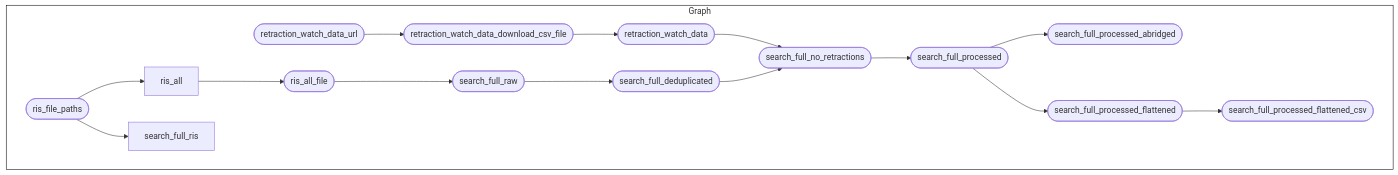
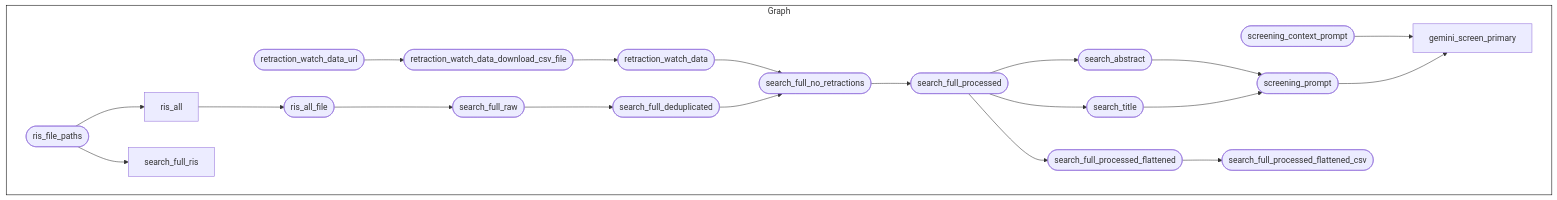
One commit to oxfordihtm/stroke-lmic-review changed the diagram in README.md. Above: the diagram before and after it, drawn with Mermaid. The commit also changed other lines of this file and 15 other files, not shown here.

````diff
--- a/README.md
+++ b/README.md
@@ -124,21 +125,26 @@
 ``` mermaid
 graph LR
   style Graph fill:#FFFFFF00,stroke:#000000;
   subgraph Graph
     direction LR
+    x60ed8e986a8cab2a(["screening_context_prompt"]):::skipped --> xf0985b06dbe6e89a["gemini_screen_primary"]:::errored
+    xf493b7d472ff5e59(["screening_prompt"]):::skipped --> xf0985b06dbe6e89a["gemini_screen_primary"]:::errored
     xb4a9c9edd73bec9b(["retraction_watch_data_download_csv_file"]):::skipped --> x71f5d31f85b83ceb(["retraction_watch_data"]):::skipped
     xe03e263fab696ab7(["retraction_watch_data_url"]):::skipped --> xb4a9c9edd73bec9b(["retraction_watch_data_download_csv_file"]):::skipped
     x188aa7ffce88bb98(["ris_file_paths"]):::skipped --> x6ba4c23c2738dda8["ris_all"]:::skipped
     x6ba4c23c2738dda8["ris_all"]:::skipped --> x4b7fcdd63fd7fb9a(["ris_all_file"]):::skipped
+    x971c8918645ea4f3(["search_abstract"]):::skipped --> xf493b7d472ff5e59(["screening_prompt"]):::skipped
+    x4946600ed43ea69a(["search_title"]):::skipped --> xf493b7d472ff5e59(["screening_prompt"]):::skipped
+    xcf6ddd66dde32d43(["search_full_processed"]):::skipped --> x971c8918645ea4f3(["search_abstract"]):::skipped
     x2f7fdb4e976b16f9(["search_full_raw"]):::skipped --> x2b5a5c97911afa83(["search_full_deduplicated"]):::skipped
     x71f5d31f85b83ceb(["retraction_watch_data"]):::skipped --> xe0f5c577fdbd2edb(["search_full_no_retractions"]):::skipped
     x2b5a5c97911afa83(["search_full_deduplicated"]):::skipped --> xe0f5c577fdbd2edb(["search_full_no_retractions"]):::skipped
-    xe0f5c577fdbd2edb(["search_full_no_retractions"]):::skipped --> xcf6ddd66dde32d43(["search_full_processed"]):::completed
-    xcf6ddd66dde32d43(["search_full_processed"]):::completed --> xaad9cc064e72d1f3(["search_full_processed_abridged"]):::completed
-    xcf6ddd66dde32d43(["search_full_processed"]):::completed --> xd596227685e2e430(["search_full_processed_flattened"]):::completed
-    xd596227685e2e430(["search_full_processed_flattened"]):::completed --> x4b455536a354b302(["search_full_processed_flattened_csv"]):::completed
+    xe0f5c577fdbd2edb(["search_full_no_retractions"]):::skipped --> xcf6ddd66dde32d43(["search_full_processed"]):::skipped
+    xcf6ddd66dde32d43(["search_full_processed"]):::skipped --> xd596227685e2e430(["search_full_processed_flattened"]):::skipped
+    xd596227685e2e430(["search_full_processed_flattened"]):::skipped --> x4b455536a354b302(["search_full_processed_flattened_csv"]):::skipped
     x4b7fcdd63fd7fb9a(["ris_all_file"]):::skipped --> x2f7fdb4e976b16f9(["search_full_raw"]):::skipped
     x188aa7ffce88bb98(["ris_file_paths"]):::skipped --> xfda738880e222baf["search_full_ris"]:::skipped
+    xcf6ddd66dde32d43(["search_full_processed"]):::skipped --> x4946600ed43ea69a(["search_title"]):::skipped
     
   end
 ```
````
